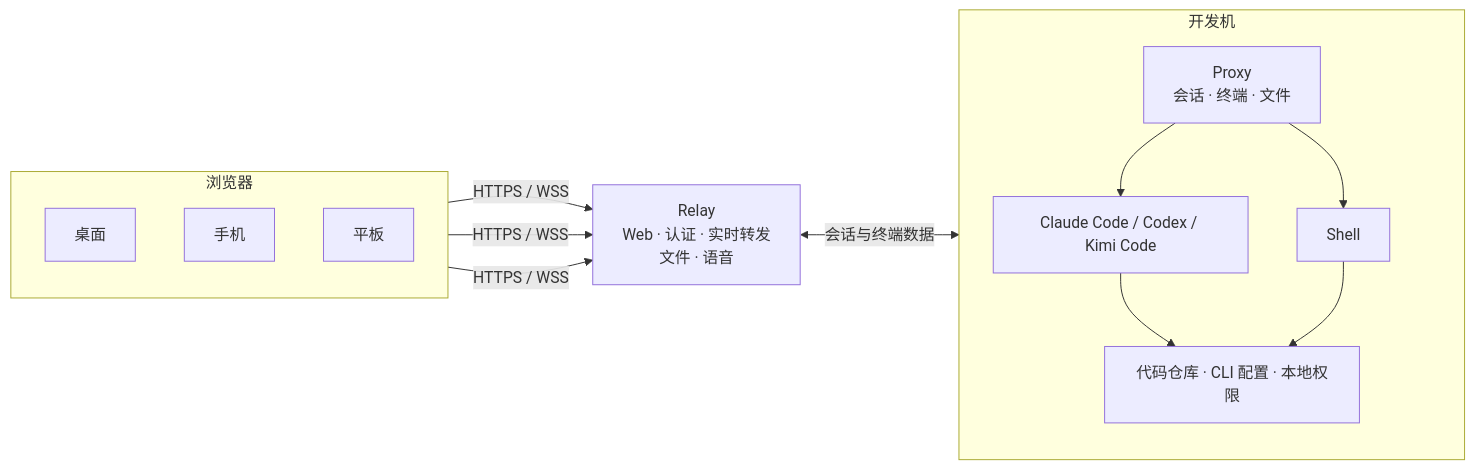
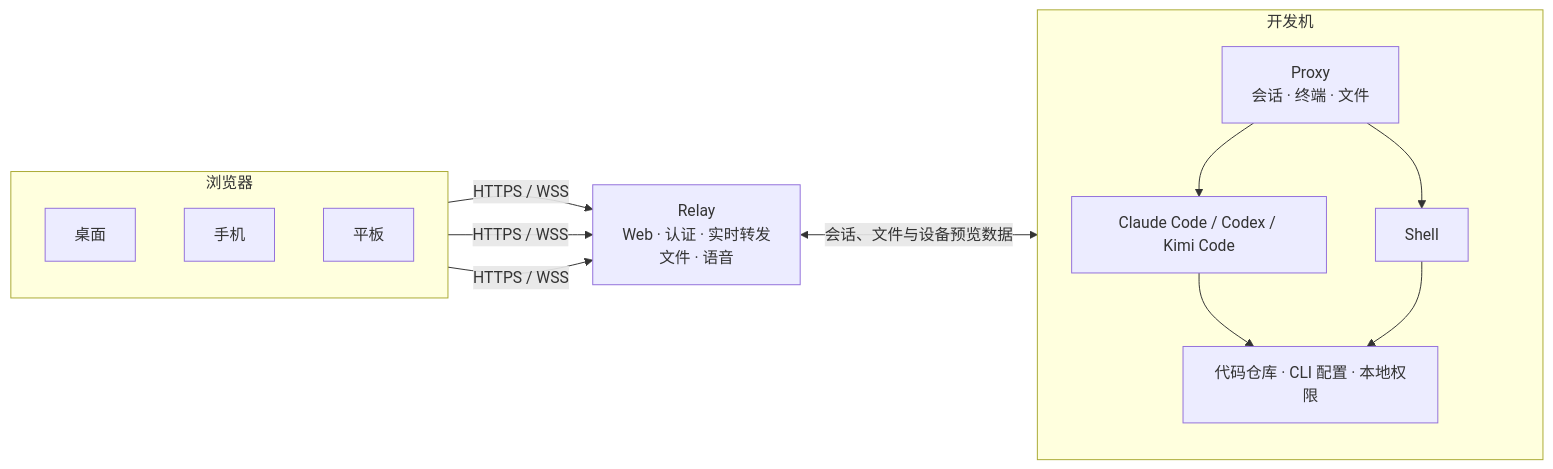
One commit to lichenxicatapple-blip/dev-anywhere changed the diagram in README.md. Above: the diagram before and after it, drawn with Mermaid. The commit also changed other lines of this file and 7 other files, not shown here.

````diff
--- a/README.md
+++ b/README.md
@@ -265,29 +270,29 @@
 ```mermaid
 flowchart LR
   subgraph clients["浏览器"]
     direction TB
     desktop["桌面"]
     phone["手机"]
     tablet["平板"]
   end
 
   relay["Relay<br/>Web · 认证 · 实时转发<br/>文件 · 语音"]
 
   subgraph machine["开发机"]
     direction TB
     proxy["Proxy<br/>会话 · 终端 · 文件"]
     agent["Claude Code / Codex / Kimi Code"]
     shell["Shell"]
     local["代码仓库 · CLI 配置 · 本地权限"]
 
     proxy --> agent
     proxy --> shell
     agent --> local
     shell --> local
   end
 
   desktop -->|"HTTPS / WSS"| relay
   phone -->|"HTTPS / WSS"| relay
   tablet -->|"HTTPS / WSS"| relay
-  relay <-->|"会话与终端数据"| proxy
+  relay <-->|"会话、文件与设备预览数据"| proxy
 ```
````
